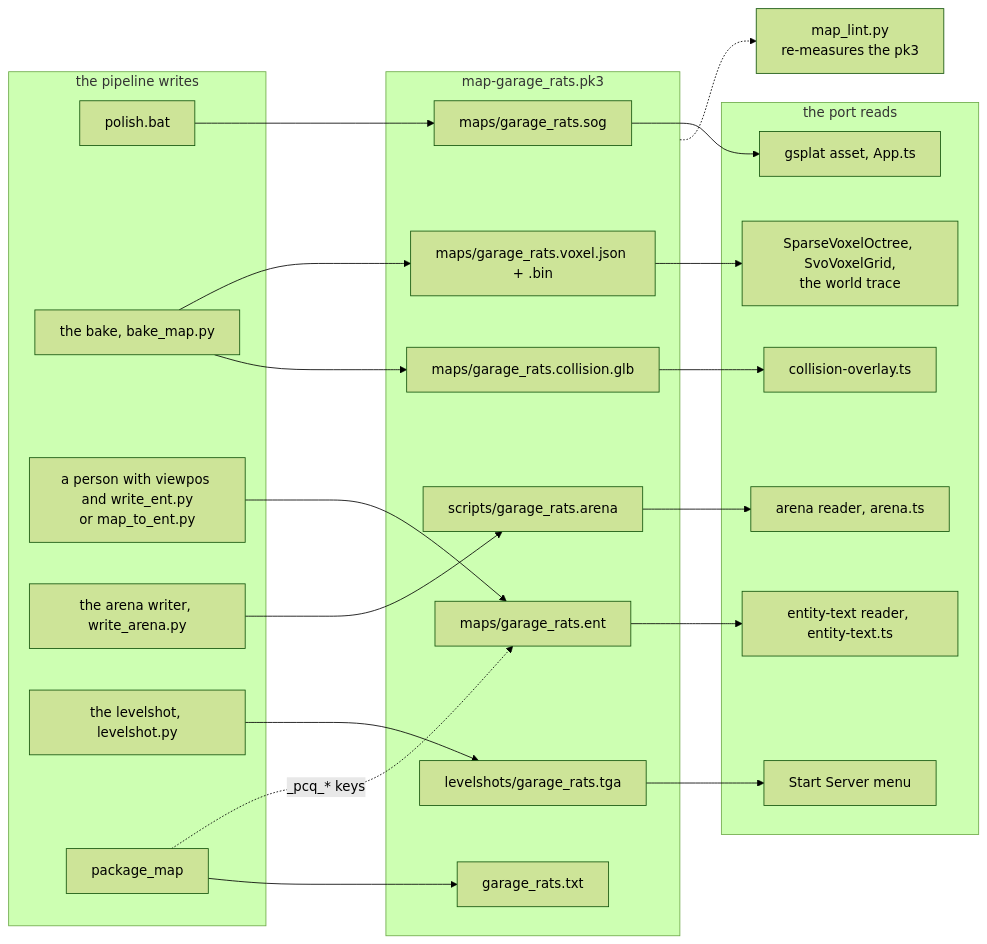
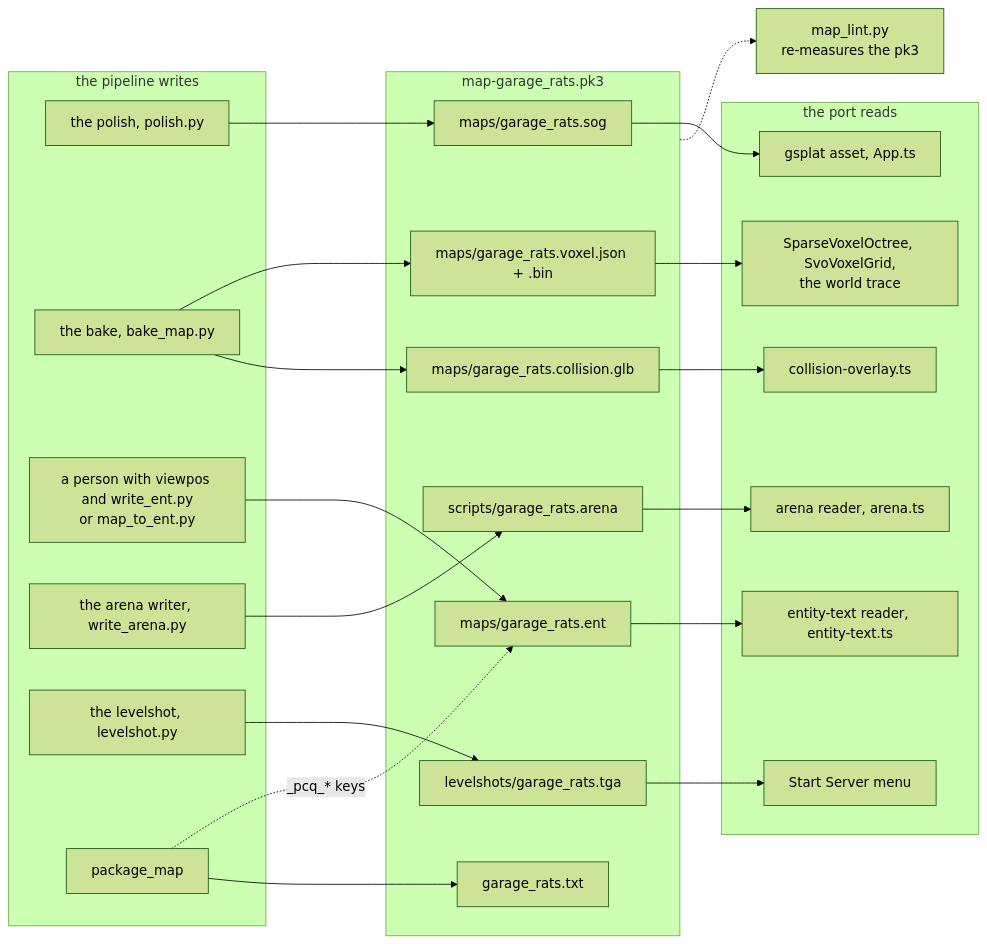
The second of 4 diagrams in splat-maps/docs/map-format.md (Loppas/playcanvas-quake3), drawn with Mermaid (forest theme) before and after one commit. The commit also changed other lines of this file and 29 other files, not shown here.

````diff
--- a/splat-maps/docs/map-format.md
+++ b/splat-maps/docs/map-format.md
@@ -129,38 +129,38 @@
 ```mermaid
 flowchart LR
   subgraph W["the pipeline writes"]
-    POL["polish.bat"]
+    POL["the polish, polish.py"]
     BAKE["the bake, bake_map.py"]
     HAND["a person with viewpos and write_ent.py<br/>or map_to_ent.py"]
     ARW["the arena writer, write_arena.py"]
     LSW["the levelshot, levelshot.py"]
     PKG["package_map"]
   end
   subgraph F["map-garage_rats.pk3"]
     SOG["maps/garage_rats.sog"]
     VOX["maps/garage_rats.voxel.json + .bin"]
     GLB["maps/garage_rats.collision.glb"]
     ENT["maps/garage_rats.ent"]
     ARE["scripts/garage_rats.arena"]
     LSH["levelshots/garage_rats.tga"]
     TXT["garage_rats.txt"]
   end
   subgraph R["the port reads"]
     GS["gsplat asset, App.ts"]
     OCT["SparseVoxelOctree, SvoVoxelGrid,<br/>the world trace"]
     OVL["collision-overlay.ts"]
     ER["entity-text reader, entity-text.ts"]
     AR["arena reader, arena.ts"]
     UI["Start Server menu"]
   end
   LINT["map_lint.py<br/>re-measures the pk3"]
   POL --> SOG --> GS
   BAKE --> VOX --> OCT
   BAKE --> GLB --> OVL
   HAND --> ENT --> ER
   PKG -.->|"_pcq_* keys"| ENT
   ARW --> ARE --> AR
   LSW --> LSH --> UI
   PKG --> TXT
   F -.-> LINT
 ```
````
